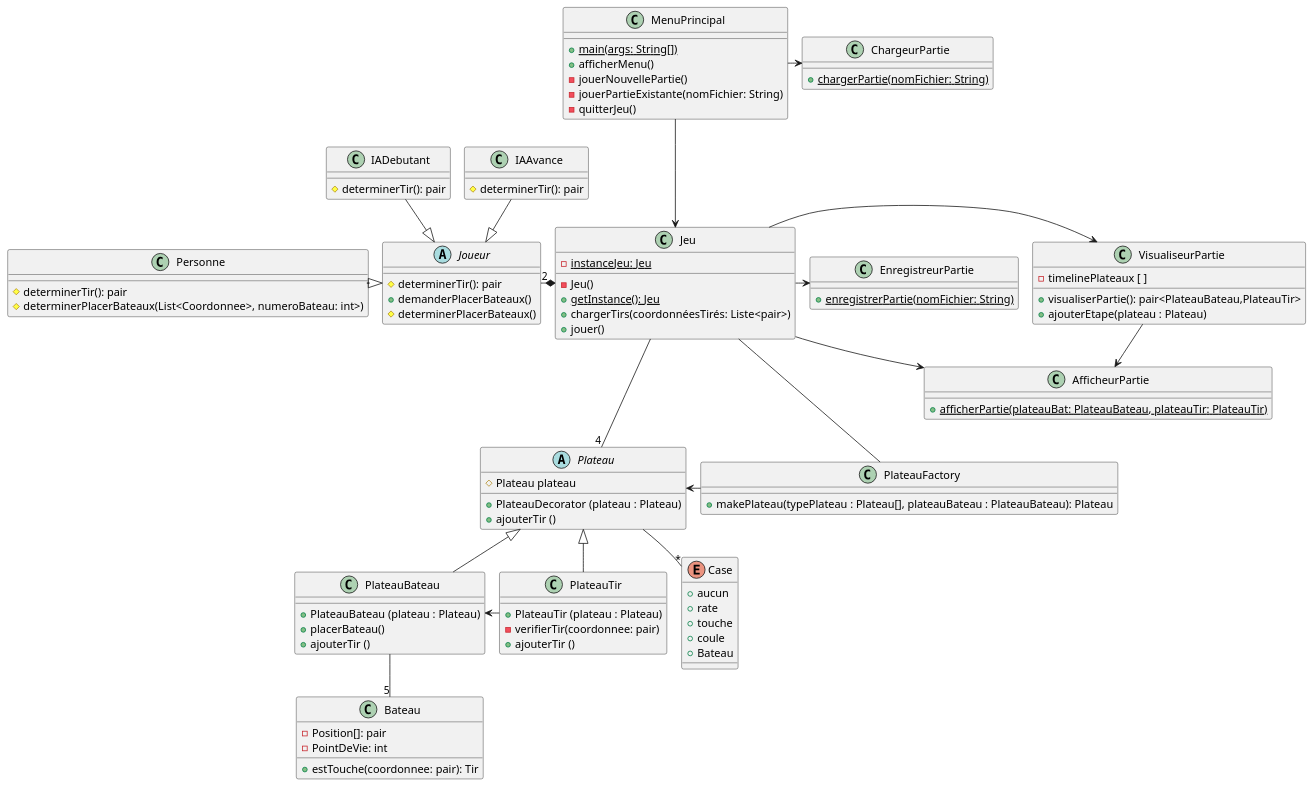
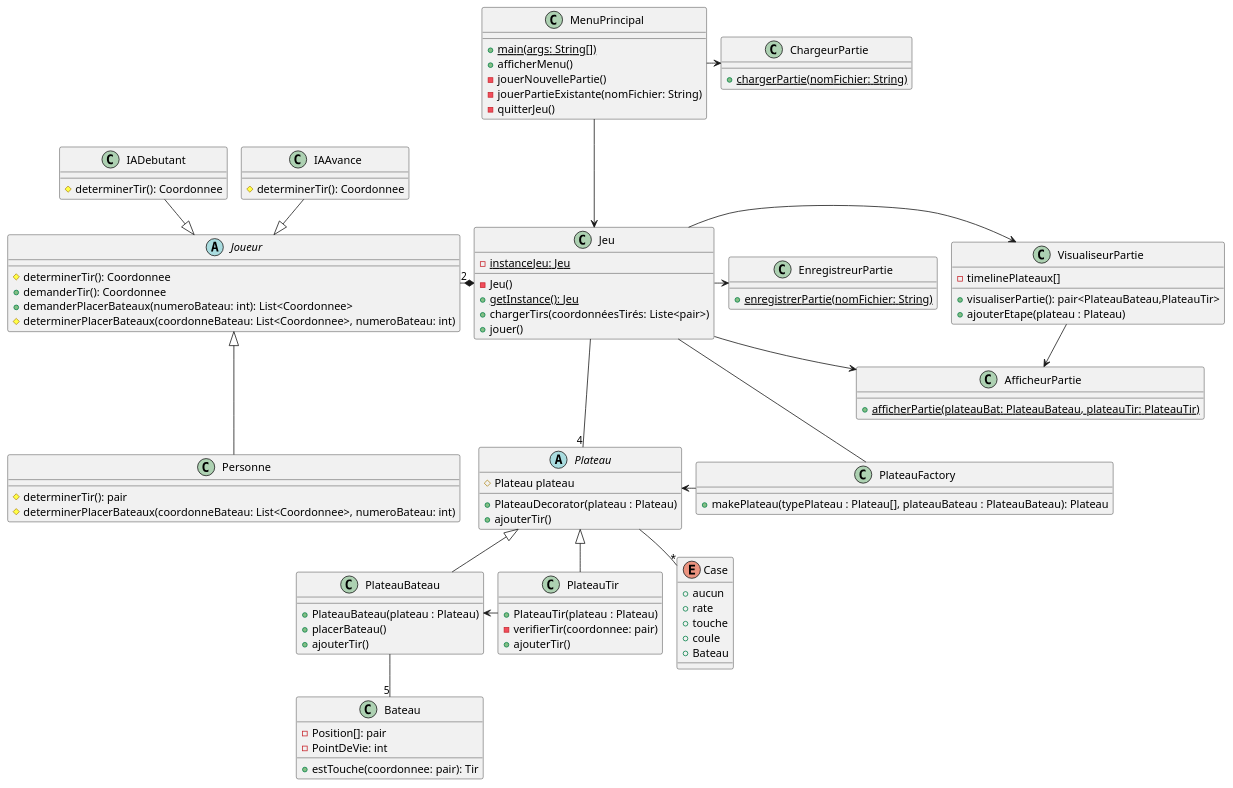
Before and after one commit to Patroklos99/5153_TP2-Battleship-AI-Pattern-Conception_Engineering2: the diagram in diagrammes_conception/diagramme_classes_patrons.puml, drawn with PlantUML. The commit also changed 1 other file, not shown here.

Commit message:
changement de diagrammes de joueur

```diff
--- a/diagrammes_conception/diagramme_classes_patrons.puml
+++ b/diagrammes_conception/diagramme_classes_patrons.puml
@@ -1,111 +1,112 @@
 @startuml
 !pragma layout smetana
 class PlateauFactory{
     + makePlateau(typePlateau : Plateau[], plateauBateau : PlateauBateau): Plateau
 }
 
 abstract class Plateau {
     # Plateau plateau
-    + PlateauDecorator (plateau : Plateau)
-    + ajouterTir ()
+    + PlateauDecorator(plateau : Plateau)
+    + ajouterTir()
 }
 
 
 abstract class Joueur{
-    # determinerTir(): pair
-    + demanderPlacerBateaux()
-    # determinerPlacerBateaux()
+    # determinerTir(): Coordonnee
+    + demanderTir(): Coordonnee
+    + demanderPlacerBateaux(numeroBateau: int): List<Coordonnee>
+    # determinerPlacerBateaux(coordonneBateau: List<Coordonnee>, numeroBateau: int)
 }
 
 class MenuPrincipal{
     + {static} main(args: String[])
     + afficherMenu()
     - jouerNouvellePartie()
     - jouerPartieExistante(nomFichier: String)
     - quitterJeu()
 }
 
 class Jeu {
     - {static} instanceJeu: Jeu
     - Jeu()
     + {static} getInstance(): Jeu
     + chargerTirs(coordonnéesTirés: Liste<pair>)
     + jouer()
 }
 
 class PlateauBateau {
-    + PlateauBateau (plateau : Plateau)
+    + PlateauBateau(plateau : Plateau)
     + placerBateau()
-    + ajouterTir ()
+    + ajouterTir()
 }
 
 class PlateauTir {
-    + PlateauTir (plateau : Plateau)
+    + PlateauTir(plateau : Plateau)
     - verifierTir(coordonnee: pair)
-    + ajouterTir ()
+    + ajouterTir()
 }
 
 class Bateau {
     - Position[]: pair
     - PointDeVie: int
     + estTouche(coordonnee: pair): Tir
 }
 
 enum Case {
     + aucun
     + rate
     + touche
     + coule
     + Bateau
 }
 
 class IADebutant {
-    # determinerTir(): pair
+    # determinerTir(): Coordonnee
 }
 
 class IAAvance{
-    # determinerTir(): pair
+    # determinerTir(): Coordonnee
 }
 
 class ChargeurPartie {
     + {static} chargerPartie(nomFichier: String)
 }
 
 class VisualiseurPartie {
-    - timelinePlateaux [ ]
+    - timelinePlateaux[]
     + visualiserPartie(): pair<PlateauBateau,PlateauTir>
     + ajouterEtape(plateau : Plateau)
 }
 
 class AfficheurPartie {
     + {static} afficherPartie(plateauBat: PlateauBateau, plateauTir: PlateauTir)
 }
 
 class EnregistreurPartie {
     + {static} enregistrerPartie(nomFichier: String)
 }
 
 class Personne {
     # determinerTir(): pair
-    # determinerPlacerBateaux(List<Coordonnee>, numeroBateau: int>)
+    # determinerPlacerBateaux(coordonneBateau: List<Coordonnee>, numeroBateau: int)
 }
 
 PlateauBateau -- "5" Bateau
 Plateau <|-- PlateauBateau
 Plateau <|-- PlateauTir
 Jeu *-left- "2" Joueur
 Jeu -right-> EnregistreurPartie
 Jeu -right-> VisualiseurPartie
 Jeu -right-> AfficheurPartie
 MenuPrincipal -> ChargeurPartie
 MenuPrincipal ---> Jeu
 Jeu --- "4" Plateau
 Plateau -down- "*" Case
 Joueur <|-up- IADebutant
 Joueur <|-up- IAAvance
-Joueur <|-left-- Personne
+Joueur <|-down-- Personne
 PlateauBateau <- PlateauTir
 VisualiseurPartie --> AfficheurPartie
 PlateauFactory -left-> Plateau
 Jeu --  PlateauFactory
 @enduml
```
